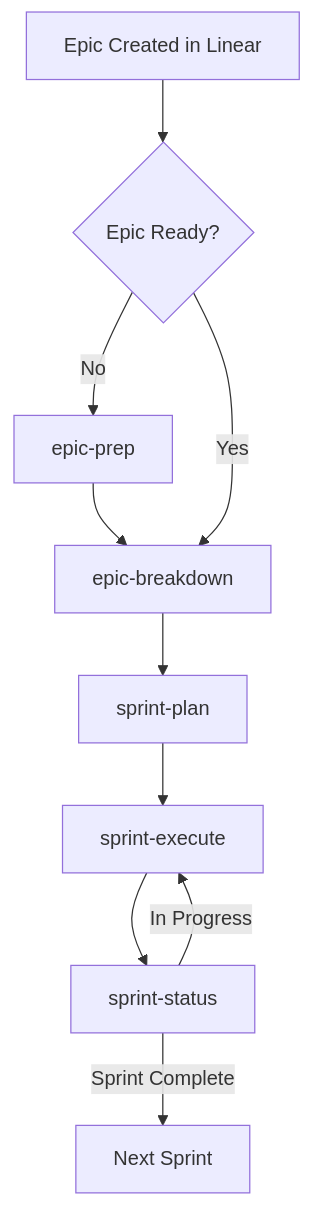
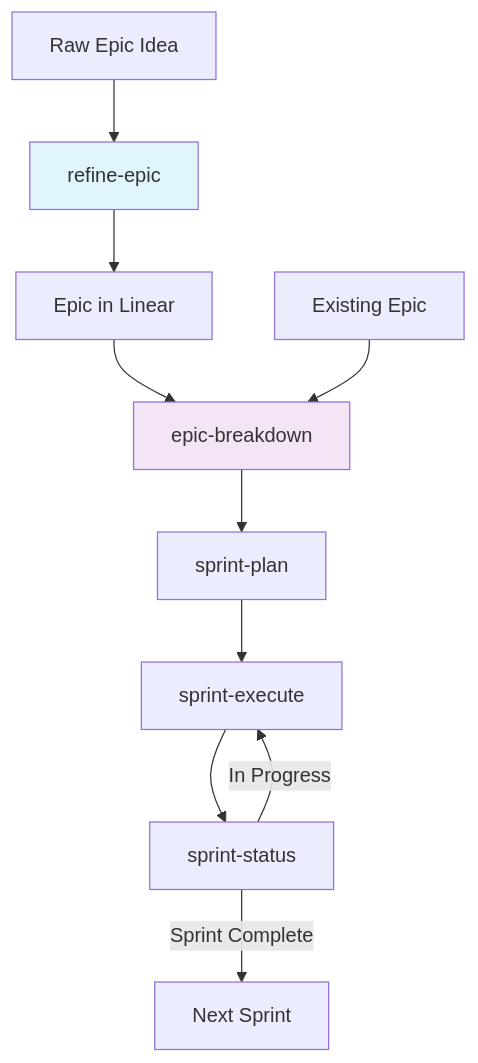
The diagram in apps/dot-claude/commands/product/ops/linear/LINEAR_COMMANDS.md (memyselfandm/cconami), drawn with Mermaid before and after one commit. The commit also changed other lines of this file and 4 other files, not shown here.

First line of the commit message:
feat: Complete CCC-13 - Consolidate Linear epic commands (4→2)

````diff
--- a/apps/dot-claude/commands/product/ops/linear/LINEAR_COMMANDS.md
+++ b/apps/dot-claude/commands/product/ops/linear/LINEAR_COMMANDS.md
@@ -20,12 +22,16 @@
 ```mermaid
 graph TD
-    A[Epic Created in Linear] --> B{Epic Ready?}
-    B -->|No| C[epic-prep]
-    C --> D[epic-breakdown]
-    B -->|Yes| D
+    A[Raw Epic Idea] --> A1[refine-epic]
+    A1 --> B[Epic in Linear]
+    B --> D[epic-breakdown]
     D --> E[sprint-plan]
     E --> F[sprint-execute]
     F --> G[sprint-status]
     G -->|Sprint Complete| H[Next Sprint]
     G -->|In Progress| F
+    
+    A2[Existing Epic] --> D
+    
+    style A1 fill:#e1f5fe
+    style D fill:#f3e5f5
 ```
````
